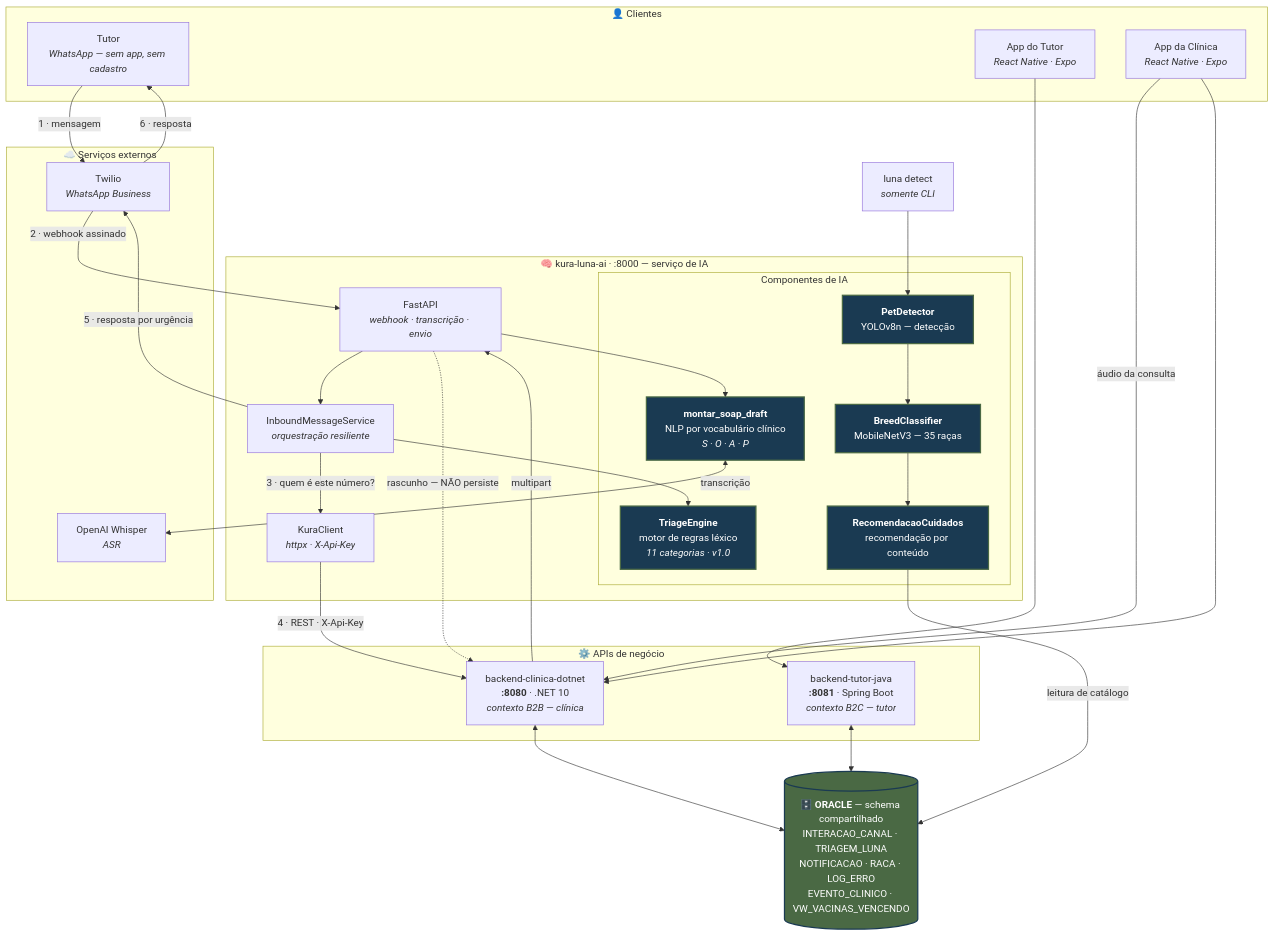
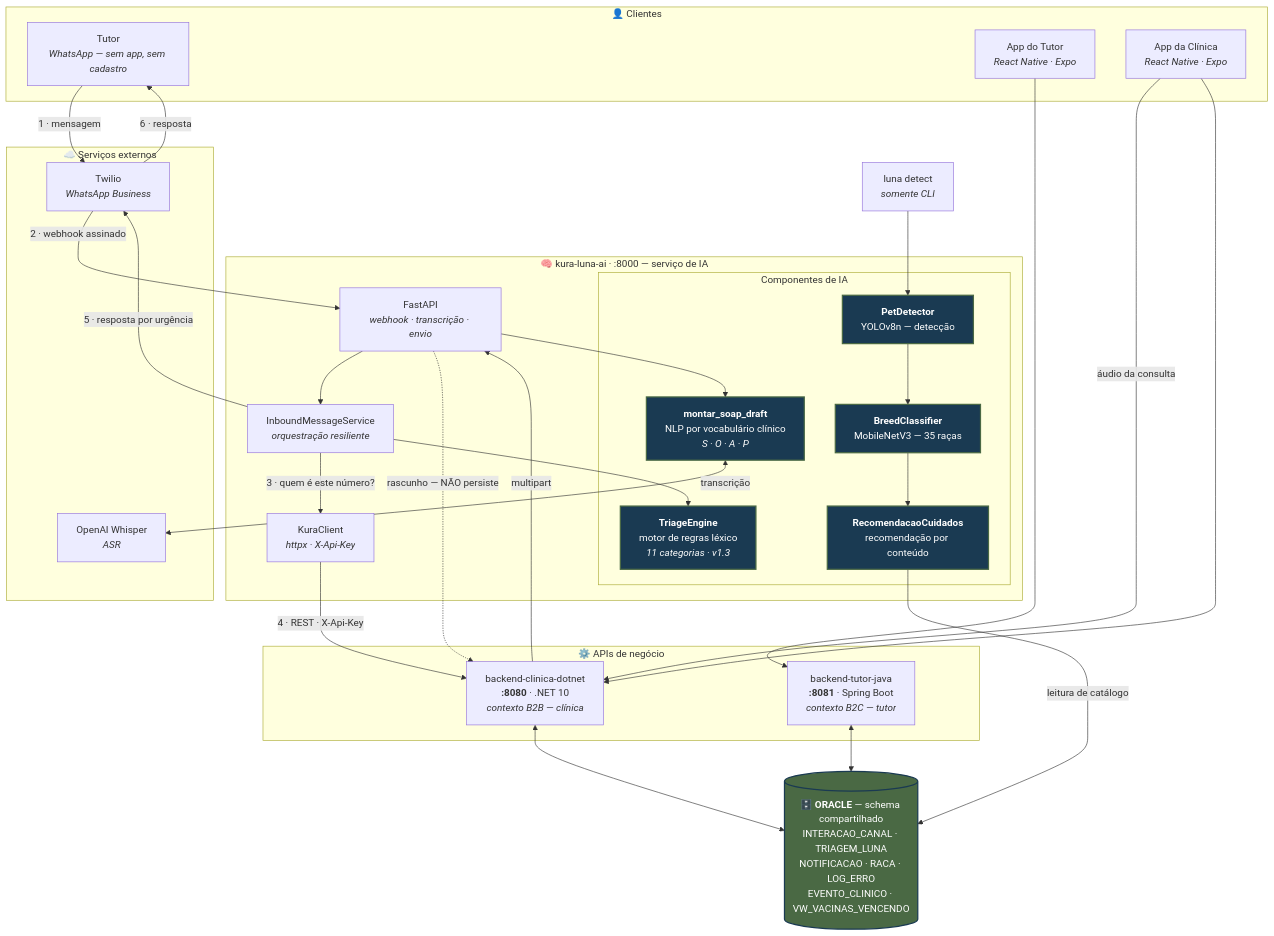
The first of 6 diagrams in luna/docs/architecture.md (KURA-Clyvo/kura-luna-ai), drawn with Mermaid before and after one commit. The commit also changed other lines of this file and 3 other files, not shown here.

````diff
--- a/luna/docs/architecture.md
+++ b/luna/docs/architecture.md
@@ -17,64 +17,64 @@
 ```mermaid
 graph TB
     subgraph clientes["👤 Clientes"]
         TUTOR["Tutor<br/><i>WhatsApp — sem app, sem cadastro</i>"]
         APPT["App do Tutor<br/><i>React Native · Expo</i>"]
         APPC["App da Clínica<br/><i>React Native · Expo</i>"]
     end
 
     subgraph externo["☁️ Serviços externos"]
         TW["Twilio<br/><i>WhatsApp Business</i>"]
         WH["OpenAI Whisper<br/><i>ASR</i>"]
     end
 
     subgraph apis["⚙️ APIs de negócio"]
         NET["backend-clinica-dotnet<br/><b>:8080</b> · .NET 10<br/><i>contexto B2B — clínica</i>"]
         JAVA["backend-tutor-java<br/><b>:8081</b> · Spring Boot<br/><i>contexto B2C — tutor</i>"]
     end
 
     subgraph luna["🧠 kura-luna-ai · :8000 — serviço de IA"]
         WEB["FastAPI<br/><i>webhook · transcrição · envio</i>"]
         IMS["InboundMessageService<br/><i>orquestração resiliente</i>"]
 
         subgraph ia["Componentes de IA"]
-            TE["<b>TriageEngine</b><br/>motor de regras léxico<br/><i>11 categorias · v1.0</i>"]
+            TE["<b>TriageEngine</b><br/>motor de regras léxico<br/><i>11 categorias · v1.3</i>"]
             SOAP["<b>montar_soap_draft</b><br/>NLP por vocabulário clínico<br/><i>S · O · A · P</i>"]
             YOLO["<b>PetDetector</b><br/>YOLOv8n — detecção"]
             MNET["<b>BreedClassifier</b><br/>MobileNetV3 — 35 raças"]
             REC["<b>RecomendacaoCuidados</b><br/>recomendação por conteúdo"]
         end
 
         KC["KuraClient<br/><i>httpx · X-Api-Key</i>"]
     end
 
     ORA[("🗄️ <b>ORACLE</b> — schema compartilhado<br/>INTERACAO_CANAL · TRIAGEM_LUNA<br/>NOTIFICACAO · RACA · LOG_ERRO<br/>EVENTO_CLINICO · VW_VACINAS_VENCENDO")]
 
     TUTOR -->|"1 · mensagem"| TW
     TW -->|"2 · webhook assinado"| WEB
     WEB --> IMS
     IMS --> TE
     IMS -->|"3 · quem é este número?"| KC
     KC -->|"4 · REST · X-Api-Key"| NET
     IMS -->|"5 · resposta por urgência"| TW
     TW -->|"6 · resposta"| TUTOR
 
     APPC -->|"áudio da consulta"| NET
     NET -->|"multipart"| WEB
     WEB --> SOAP
     SOAP <-->|"transcrição"| WH
     WEB -.->|"rascunho — NÃO persiste"| NET
 
     CLI["luna detect<br/><i>somente CLI</i>"] --> YOLO
     YOLO --> MNET --> REC
     REC -->|"leitura de catálogo"| ORA
 
     APPT --> JAVA
     APPC --> NET
     NET <--> ORA
     JAVA <--> ORA
 
     classDef iaBox fill:#1A3A52,stroke:#4A6944,stroke-width:2px,color:#fff
     classDef dbBox fill:#4A6944,stroke:#1A3A52,stroke-width:2px,color:#fff
     class TE,SOAP,YOLO,MNET,REC iaBox
     class ORA dbBox
 ```
````
